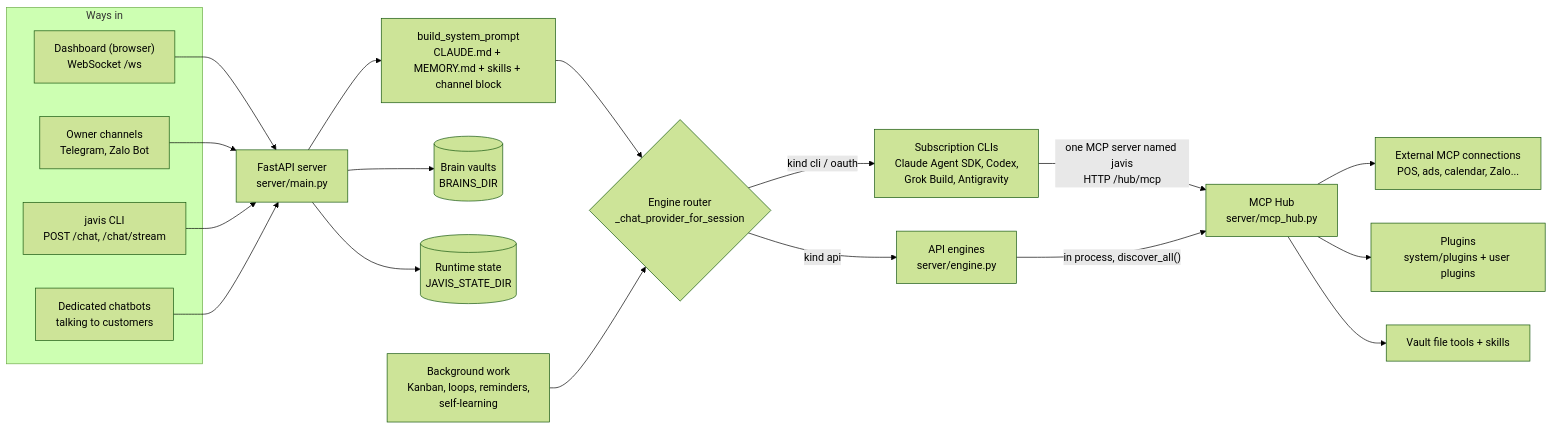
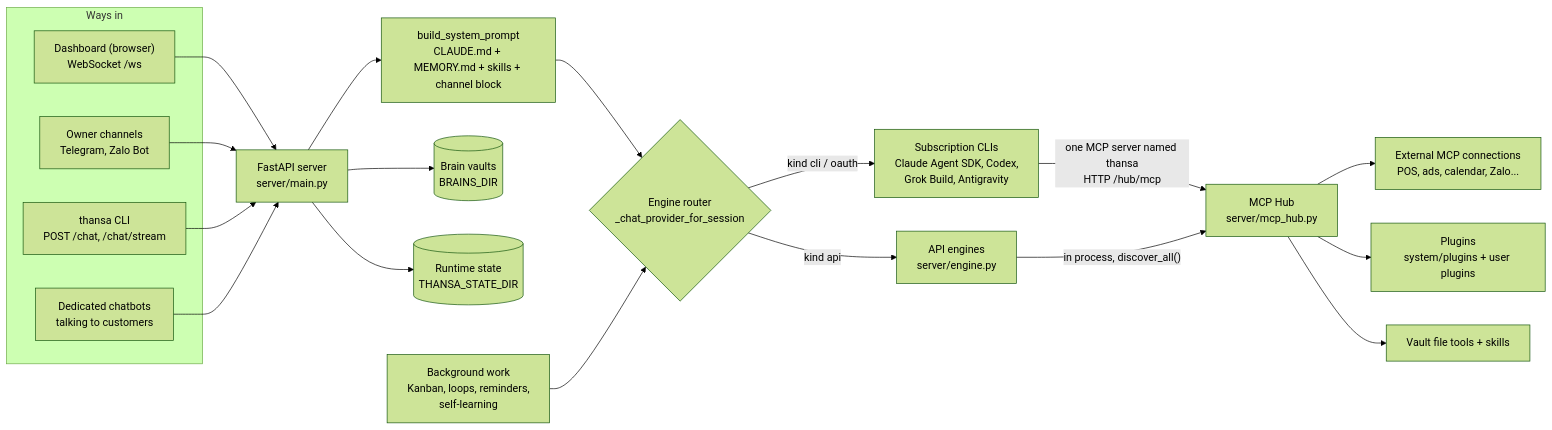
One commit to xahoapro/thansa-os changed the diagram in ARCHITECTURE.md. Above: the diagram before and after it, drawn with Mermaid (forest theme). The commit also changed other lines of this file and 2033 other files, not shown here.

````diff
--- a/ARCHITECTURE.md
+++ b/ARCHITECTURE.md
@@ -23,25 +23,25 @@
 ```mermaid
 flowchart LR
   subgraph IN["Ways in"]
     D["Dashboard (browser)<br/>WebSocket /ws"]
     TG["Owner channels<br/>Telegram, Zalo Bot"]
-    CLI["javis CLI<br/>POST /chat, /chat/stream"]
+    CLI["thansa CLI<br/>POST /chat, /chat/stream"]
     BOT["Dedicated chatbots<br/>talking to customers"]
   end
   D --> M
   TG --> M
   CLI --> M
   BOT --> M
   M["FastAPI server<br/>server/main.py"] --> P["build_system_prompt<br/>CLAUDE.md + MEMORY.md + skills + channel block"]
   P --> R{"Engine router<br/>_chat_provider_for_session"}
   R -->|"kind cli / oauth"| S["Subscription CLIs<br/>Claude Agent SDK, Codex,<br/>Grok Build, Antigravity"]
   R -->|"kind api"| A["API engines<br/>server/engine.py"]
-  S -->|"one MCP server named javis<br/>HTTP /hub/mcp"| H["MCP Hub<br/>server/mcp_hub.py"]
+  S -->|"one MCP server named thansa<br/>HTTP /hub/mcp"| H["MCP Hub<br/>server/mcp_hub.py"]
   A -->|"in process, discover_all()"| H
   H --> X["External MCP connections<br/>POS, ads, calendar, Zalo..."]
   H --> PL["Plugins<br/>system/plugins + user plugins"]
   H --> VT["Vault file tools + skills"]
   M --> V[("Brain vaults<br/>BRAINS_DIR")]
-  M --> ST[("Runtime state<br/>JAVIS_STATE_DIR")]
+  M --> ST[("Runtime state<br/>THANSA_STATE_DIR")]
   BG["Background work<br/>Kanban, loops, reminders,<br/>self-learning"] --> R
 ```
````
